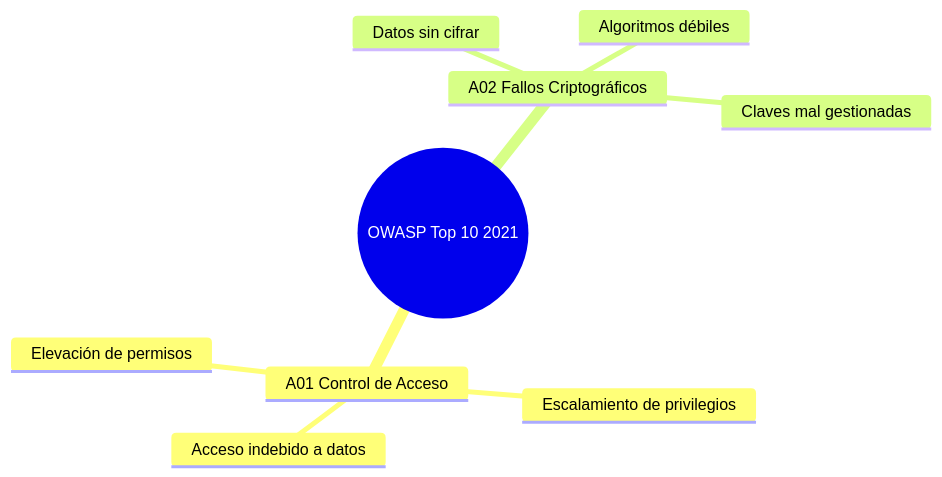
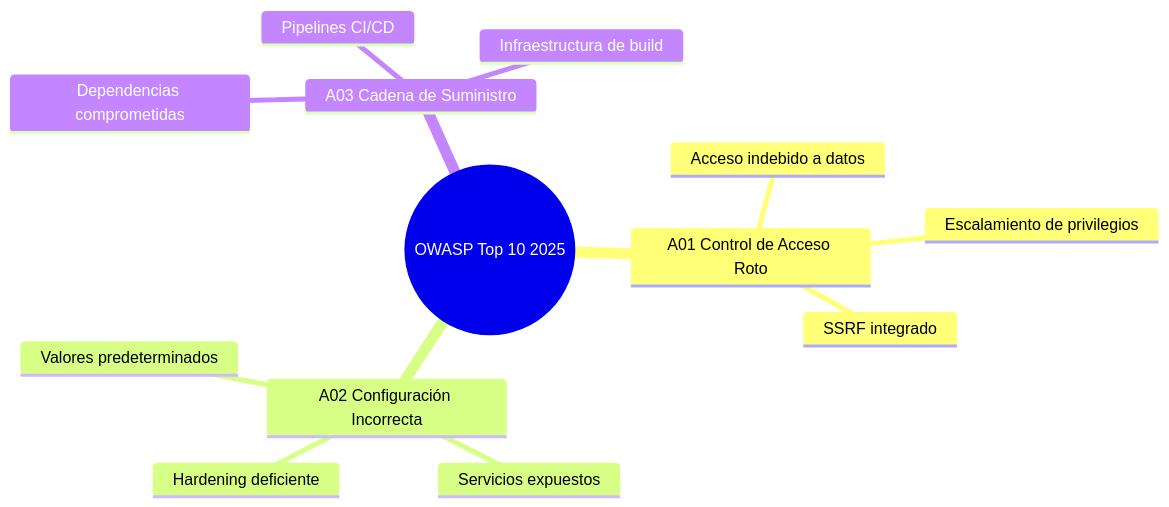
Before and after one commit to jaiderospina/DEVSECOPS2026_2: the third of 16 diagrams in Grupo2/README.md, drawn with Mermaid. The commit also changed other lines of this file, not shown here.

Commit message:
Versión final: OWASP Top 10 2025 unificado (A01-A10)

````diff
--- a/Grupo2/README.md
+++ b/Grupo2/README.md
@@ -77,12 +129,16 @@
 ```mermaid
 mindmap
-  root((OWASP Top 10 2021))
-    A01 Control de Acceso
+  root((OWASP Top 10 2025))
+    A01 Control de Acceso Roto
       Acceso indebido a datos
       Escalamiento de privilegios
-      Elevación de permisos
-    A02 Fallos Criptográficos
-      Datos sin cifrar
-      Algoritmos débiles
-      Claves mal gestionadas
+      SSRF integrado
+    A02 Configuración Incorrecta
+      Valores predeterminados
+      Servicios expuestos
+      Hardening deficiente
+    A03 Cadena de Suministro
+      Dependencias comprometidas
+      Pipelines CI/CD
+      Infraestructura de build
 ```
````
